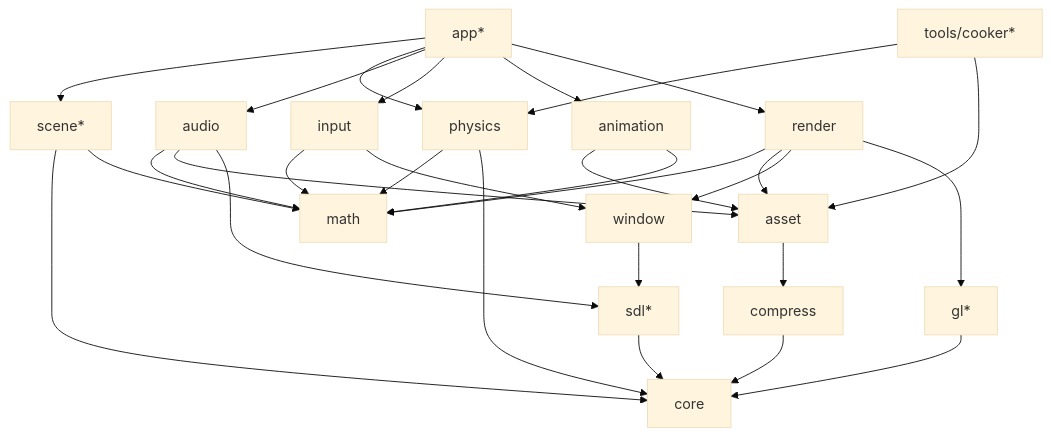
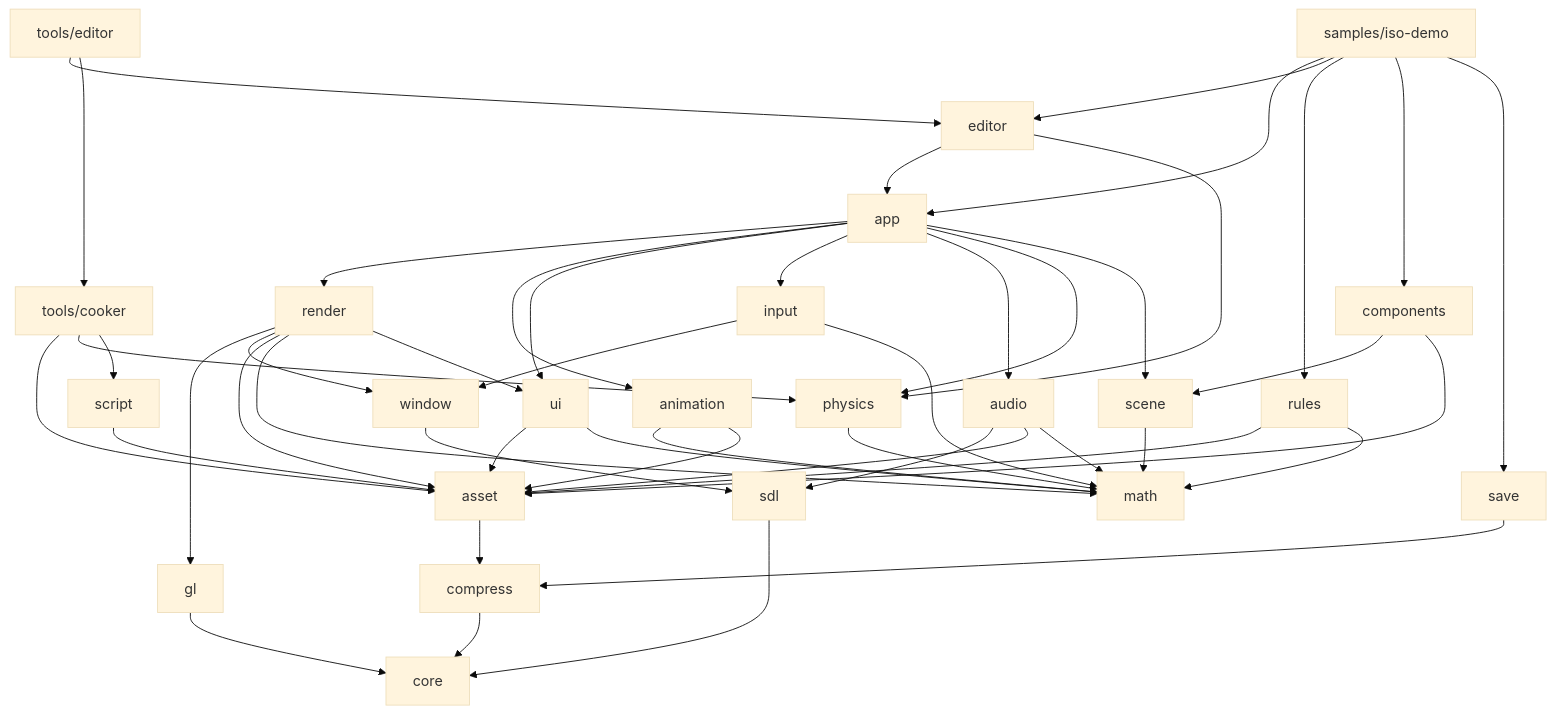
The first of 3 diagrams in docs/learn/01-architecture.md (ilumar589/JEddyFramework), drawn with Mermaid (base theme) before and after one commit. The commit also changed other lines of this file and 8 other files, not shown here.

````diff
--- a/docs/learn/01-architecture.md
+++ b/docs/learn/01-architecture.md
@@ -51,33 +144,51 @@
 ```mermaid
 graph TD
   core[core]
   math[math]
   compress[compress] --> core
-  sdl[sdl*] --> core
-  gl[gl*] --> core
+  sdl[sdl] --> core
+  gl[gl] --> core
   window[window] --> sdl
   input[input] --> window
   input --> math
   asset[asset] --> compress
+  ui[ui] --> asset
+  ui --> math
   render[render] --> gl
   render --> window
   render --> asset
   render --> math
+  render --> ui
   audio[audio] --> sdl
   audio --> asset
   audio --> math
-  physics[physics] --> core
-  physics --> math
-  scene[scene*] --> math
-  scene --> core
+  physics[physics] --> math
+  scene[scene] --> math
   animation[animation] --> math
   animation --> asset
-  app[app*] --> render
+  components[components] --> scene
+  components --> asset
+  save[save] --> compress
+  script[script] --> asset
+  rules[rules] --> asset
+  rules --> math
+  app[app] --> render
   app --> animation
+  app --> ui
   app --> input
   app --> audio
   app --> physics
   app --> scene
-  cooker[tools/cooker*] --> asset
+  editor[editor] --> app
+  editor --> physics
+  cooker[tools/cooker] --> asset
   cooker --> physics
+  cooker --> script
+  editortool[tools/editor] --> editor
+  editortool --> cooker
+  isodemo[samples/iso-demo] --> app
+  isodemo --> editor
+  isodemo --> rules
+  isodemo --> components
+  isodemo --> save
 ```
````
